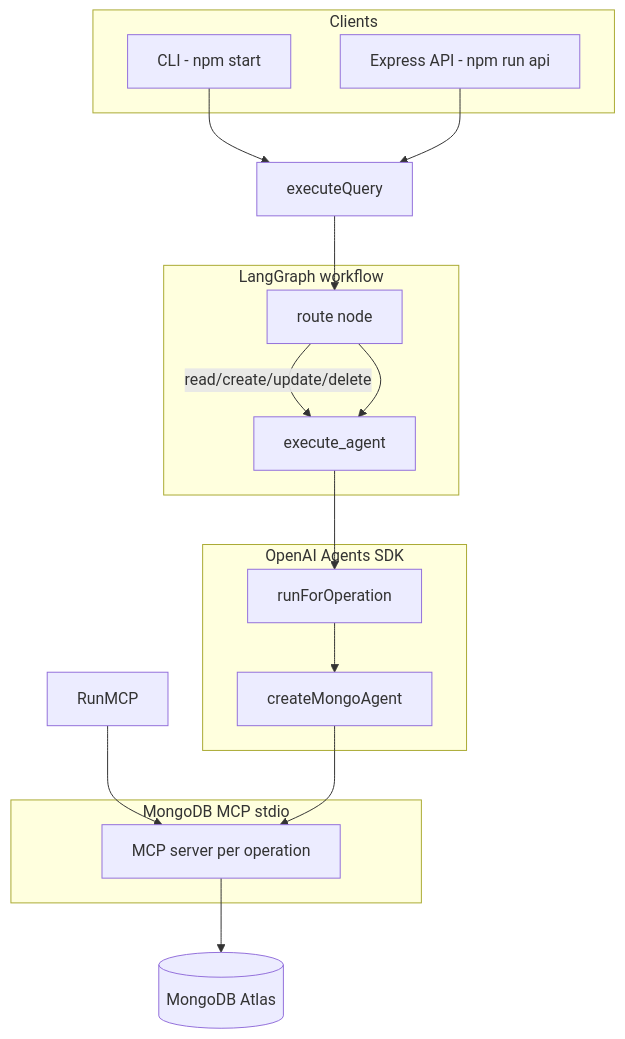
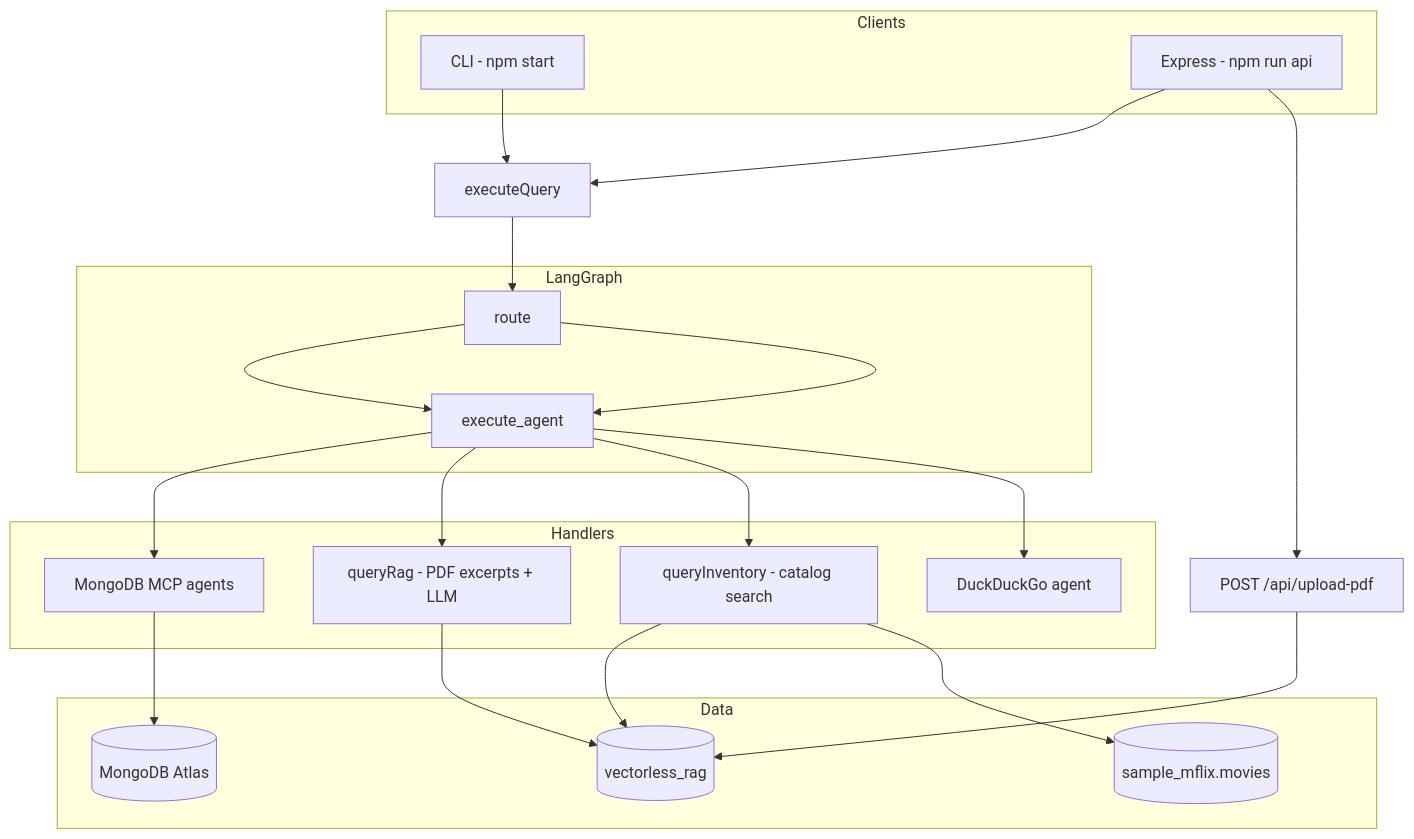
The diagram in README.md (tansenkhan1990/MCP_TYEPSCRIPT_MONGODB_LANGGRAPH_OPENAI_AGENT), drawn with Mermaid before and after one commit. The commit also changed other lines of this file and 41 other files, not shown here.

````diff
--- a/README.md
+++ b/README.md
@@ -65,34 +67,41 @@
 ```mermaid
 flowchart TB
   subgraph clients [Clients]
     CLI[CLI - npm start]
-    API[Express API - npm run api]
+    API[Express - npm run api]
   end
 
-  subgraph workflow [LangGraph workflow]
-    Route[route node]
+  subgraph workflow [LangGraph]
+    Route[route]
     Exec[execute_agent]
-    Route -->|read/create/update/delete| Exec
+    Route --> Exec
   end
 
-  subgraph agents [OpenAI Agents SDK]
-    Factory[createMongoAgent]
-    Dispatch[runForOperation]
+  subgraph handlers [Handlers]
+    MCP[MongoDB MCP agents]
+    RAG[queryRag - PDF excerpts + LLM]
+    Inv[queryInventory - catalog search]
+    Web[DuckDuckGo agent]
   end
 
-  subgraph mcp [MongoDB MCP stdio]
-    MCP[MCP server per operation]
+  subgraph data [Data]
+    Movies[(sample_mflix.movies)]
+    PDFs[(vectorless_rag)]
+    Atlas[(MongoDB Atlas)]
   end
-
-  Atlas[(MongoDB Atlas)]
 
   CLI --> executeQuery
   API --> executeQuery
+  API --> uploadPdf[POST /api/upload-pdf]
+  uploadPdf --> PDFs
   executeQuery --> Route
   Route --> Exec
-  Exec --> Dispatch
-  Dispatch --> Factory
-  RunMCP --> MCP
-  Factory --> MCP
+  Exec --> MCP
+  Exec --> RAG
+  Exec --> Inv
+  Exec --> Web
   MCP --> Atlas
+  RAG --> PDFs
+  Inv --> PDFs
+  Inv --> Movies
 ```
````
